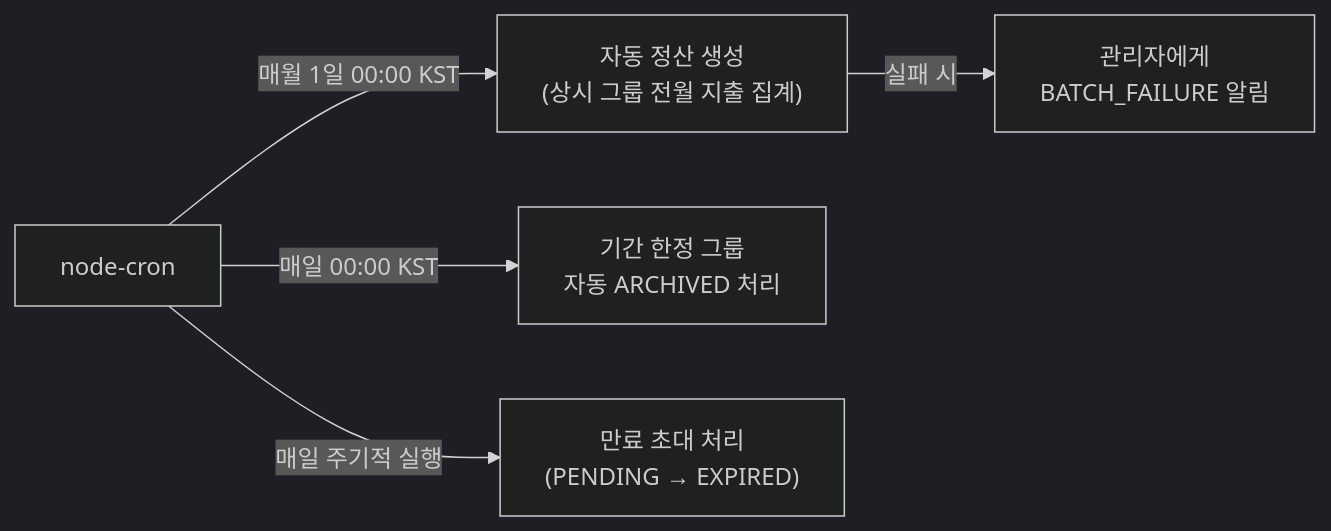
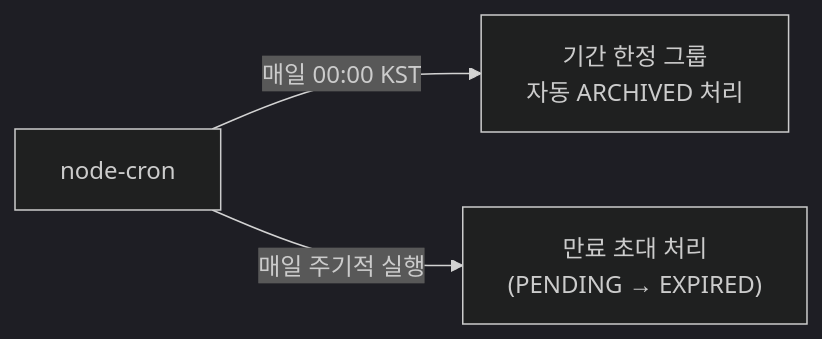
Before and after one commit to stepanowon/budget-book: the sixth of 6 diagrams in docs/5-arch-diagram.md, drawn with Mermaid (dark theme). The commit also changed 4 other files, not shown here.

````diff
--- a/docs/5-arch-diagram.md
+++ b/docs/5-arch-diagram.md
@@ -117,10 +117,7 @@
 ```mermaid
 graph LR
     Cron["node-cron"]
 
-    Cron -- "매월 1일 00:00 KST" --> MonthlyJob["자동 정산 생성\n(상시 그룹 전월 지출 집계)"]
     Cron -- "매일 00:00 KST" --> ArchiveJob["기간 한정 그룹\n자동 ARCHIVED 처리"]
     Cron -- "매일 주기적 실행" --> ExpireJob["만료 초대 처리\n(PENDING → EXPIRED)"]
-
-    MonthlyJob -- "실패 시" --> FailNotify["관리자에게\nBATCH_FAILURE 알림"]
 ```
````
